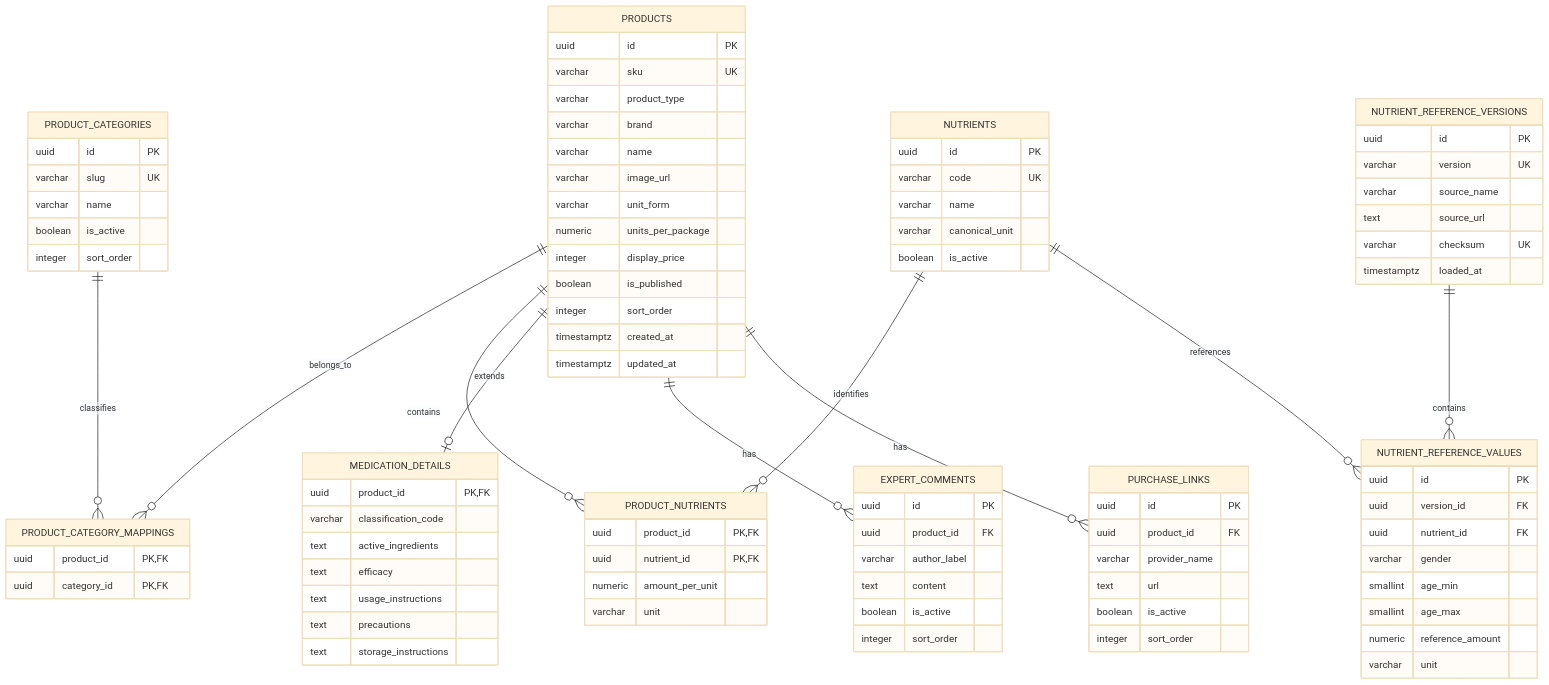
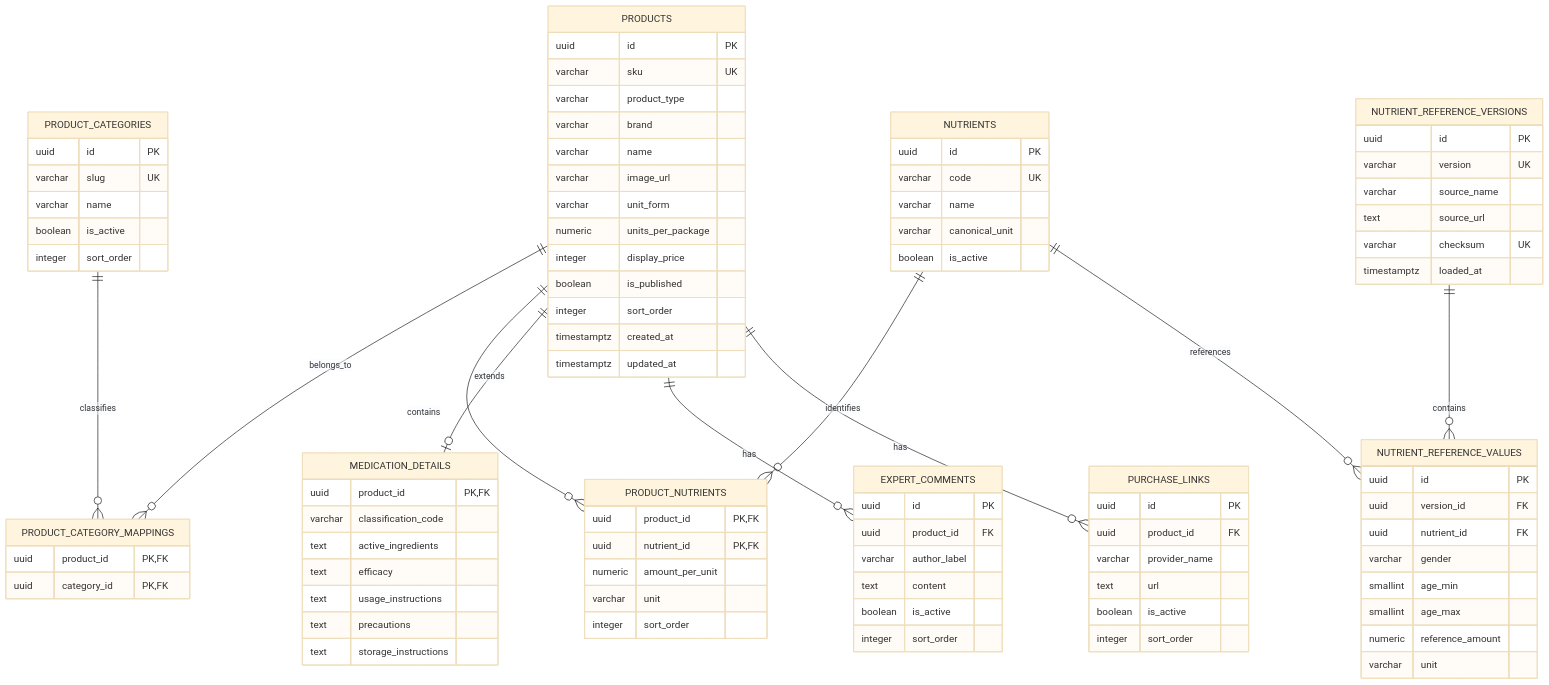
One commit to Pilot-project-python5/backend changed the second of 4 diagrams in docs/architecture/erd.md. Above: the diagram before and after it, drawn with Mermaid (base theme). The commit also changed other lines of this file and 29 other files, not shown here.

```diff
--- a/docs/architecture/erd.md
+++ b/docs/architecture/erd.md
@@ -156,6 +156,7 @@
         uuid nutrient_id PK,FK
         numeric amount_per_unit
         varchar unit
+        integer sort_order
     }
 
     MEDICATION_DETAILS {
```
